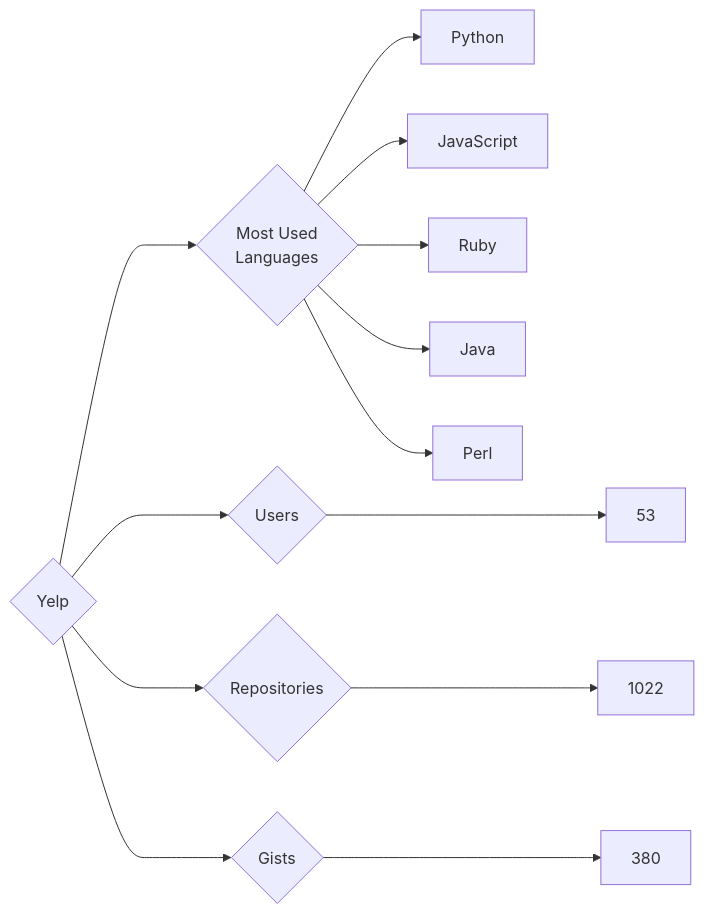
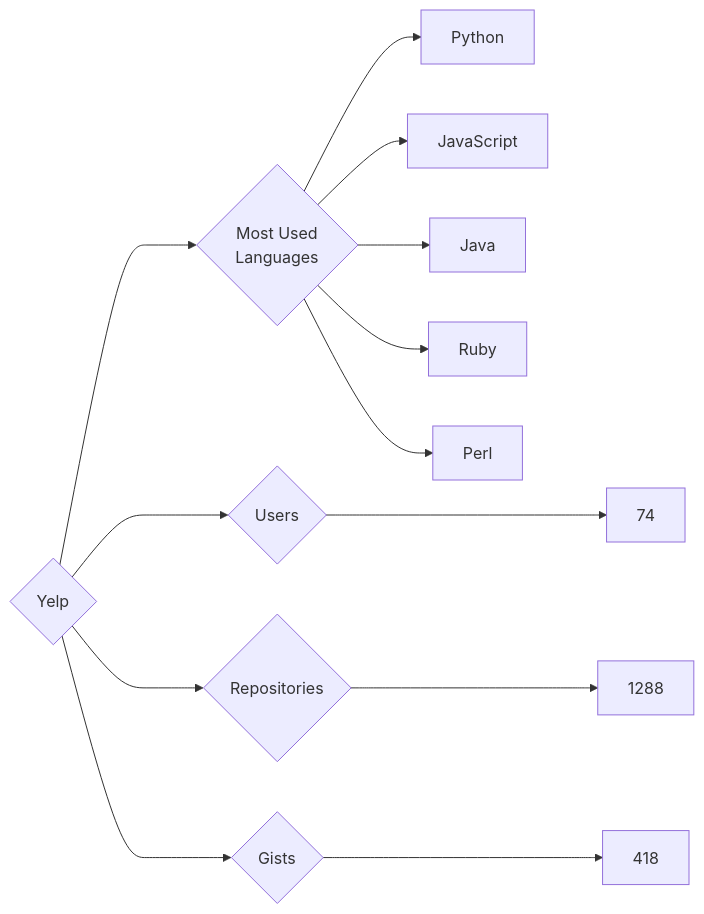
Before and after one commit to trickest/insiders: the diagram in targets/Yelp/README.md, drawn with Mermaid. The commit also changed 955 other files, not shown here.

````diff
--- a/targets/Yelp/README.md
+++ b/targets/Yelp/README.md
@@ -3,13 +3,13 @@
 ```mermaid
 graph LR
 COMPANY_NAME{Yelp}
-COMPANY_NAME ---> U{Users} ---> UN[53]
-COMPANY_NAME ---> R{Repositories} ---> RN[1022]
-COMPANY_NAME ---> G{Gists} ---> GN[380]
+COMPANY_NAME ---> U{Users} ---> UN[74]
+COMPANY_NAME ---> R{Repositories} ---> RN[1288]
+COMPANY_NAME ---> G{Gists} ---> GN[418]
 COMPANY_NAME ---> ML{Most Used<br>Languages}
 ML --> Python[Python]
 ML --> JavaScript[JavaScript]
+ML --> Java[Java]
 ML --> Ruby[Ruby]
-ML --> Java[Java]
 ML --> Perl[Perl]
 ```
````
